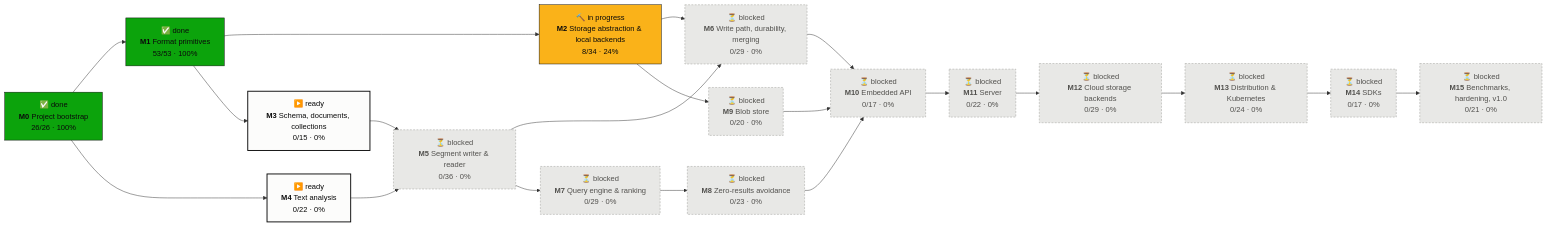
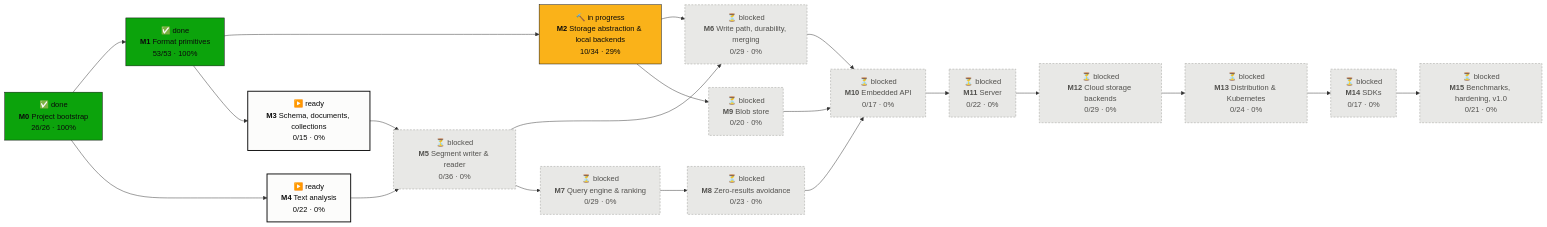
The first of 2 diagrams in PROGRESS.md (tomiok/persiaDB), drawn with Mermaid before and after one commit. The commit also changed other lines of this file and 2 other files, not shown here.

Commit message:
chore(roadmap): tick 2.2.4.1, 2.2.4.2

````diff
--- a/PROGRESS.md
+++ b/PROGRESS.md
@@ -14,42 +14,42 @@
 ```mermaid
 flowchart LR
   M0["✅ done<br/><b>M0</b> Project bootstrap<br/>26/26 · 100%"]:::done
   M1["✅ done<br/><b>M1</b> Format primitives<br/>53/53 · 100%"]:::done
-  M2["🔨 in progress<br/><b>M2</b> Storage abstraction & local backends<br/>8/34 · 24%"]:::doing
+  M2["🔨 in progress<br/><b>M2</b> Storage abstraction & local backends<br/>10/34 · 29%"]:::doing
   M3["▶️ ready<br/><b>M3</b> Schema, documents, collections<br/>0/15 · 0%"]:::ready
   M4["▶️ ready<br/><b>M4</b> Text analysis<br/>0/22 · 0%"]:::ready
   M5["⏳ blocked<br/><b>M5</b> Segment writer & reader<br/>0/36 · 0%"]:::blocked
   M6["⏳ blocked<br/><b>M6</b> Write path, durability, merging<br/>0/29 · 0%"]:::blocked
   M7["⏳ blocked<br/><b>M7</b> Query engine & ranking<br/>0/29 · 0%"]:::blocked
   M8["⏳ blocked<br/><b>M8</b> Zero-results avoidance<br/>0/23 · 0%"]:::blocked
   M9["⏳ blocked<br/><b>M9</b> Blob store<br/>0/20 · 0%"]:::blocked
   M10["⏳ blocked<br/><b>M10</b> Embedded API<br/>0/17 · 0%"]:::blocked
   M11["⏳ blocked<br/><b>M11</b> Server<br/>0/22 · 0%"]:::blocked
   M12["⏳ blocked<br/><b>M12</b> Cloud storage backends<br/>0/29 · 0%"]:::blocked
   M13["⏳ blocked<br/><b>M13</b> Distribution & Kubernetes<br/>0/24 · 0%"]:::blocked
   M14["⏳ blocked<br/><b>M14</b> SDKs<br/>0/17 · 0%"]:::blocked
   M15["⏳ blocked<br/><b>M15</b> Benchmarks, hardening, v1.0<br/>0/21 · 0%"]:::blocked
   M0 --> M1
   M1 --> M2
   M1 --> M3
   M0 --> M4
   M3 --> M5
   M4 --> M5
   M2 --> M6
   M5 --> M6
   M5 --> M7
   M7 --> M8
   M2 --> M9
   M6 --> M10
   M8 --> M10
   M9 --> M10
   M10 --> M11
   M11 --> M12
   M12 --> M13
   M13 --> M14
   M14 --> M15
   classDef done fill:#0ca30c,stroke:#0b0b0b,color:#0b0b0b
   classDef doing fill:#fab219,stroke:#0b0b0b,color:#0b0b0b
   classDef ready fill:#fcfcfb,stroke:#0b0b0b,stroke-width:2px,color:#0b0b0b
   classDef blocked fill:#e8e8e6,stroke:#9a9a96,stroke-dasharray:4 3,color:#52514e
 ```
````
